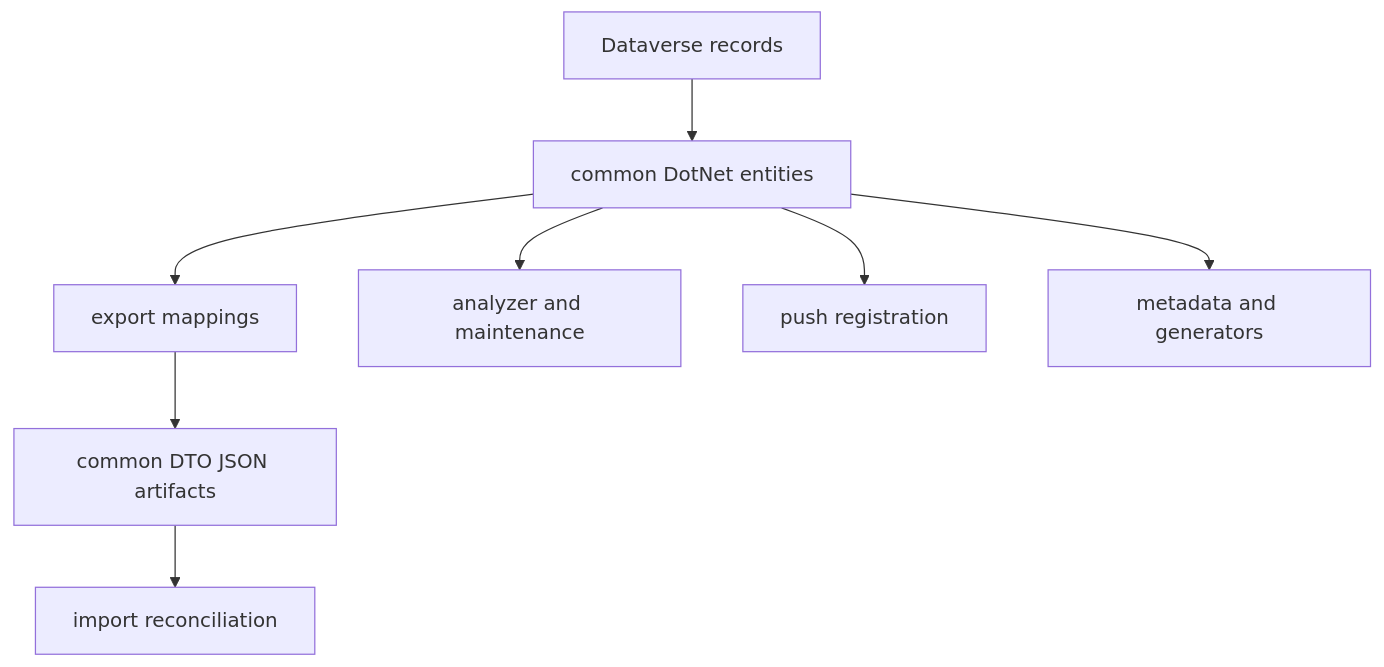
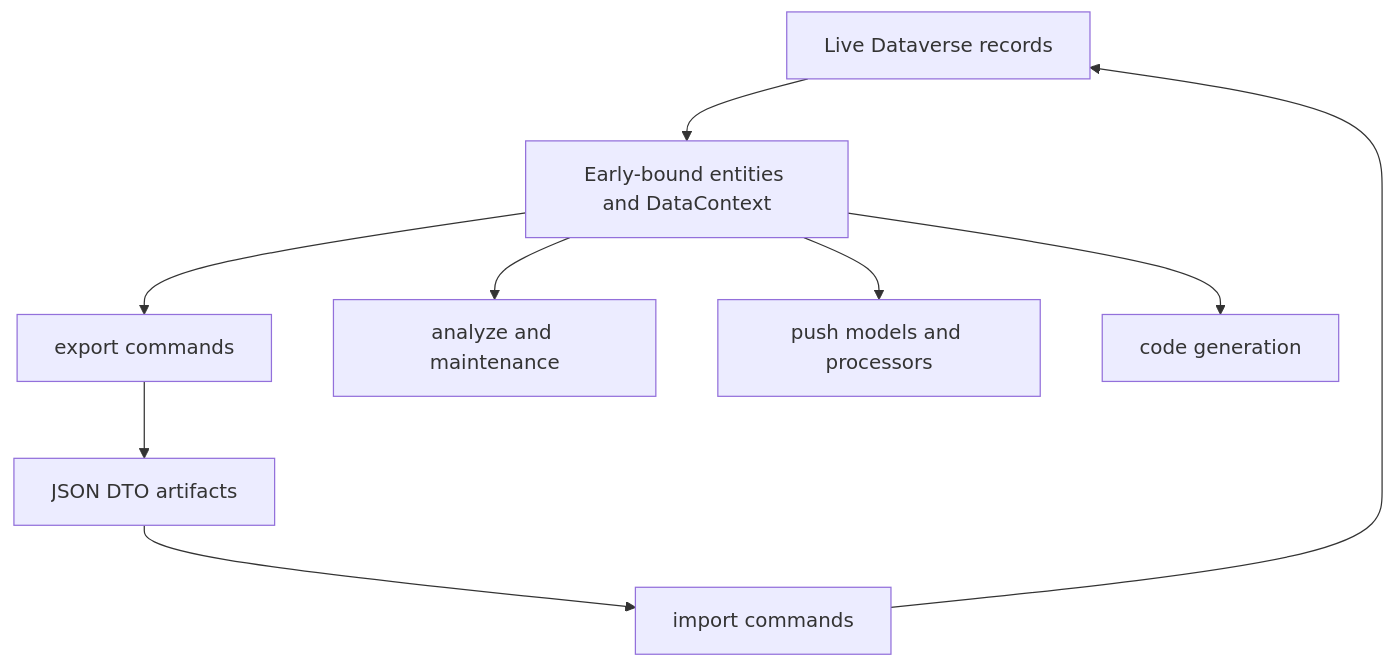
The diagram in openwiki/architecture/dataverse-contracts.md (DIGITALLNature/DigitallPower), drawn with Mermaid before and after one commit. The commit also changed other lines of this file and 29 other files, not shown here.

````diff
--- a/openwiki/architecture/dataverse-contracts.md
+++ b/openwiki/architecture/dataverse-contracts.md
@@ -13,10 +64,11 @@
 ```mermaid
 flowchart TD
-    DV["Dataverse records"] --> Entity["common DotNet entities"]
-    Entity --> Export["export mappings"]
-    Export --> DTO["common DTO JSON artifacts"]
-    DTO --> Import["import reconciliation"]
-    Entity --> Analyze["analyzer and maintenance"]
-    Entity --> Push["push registration"]
-    Entity --> Codegen["metadata and generators"]
+    Live["Live Dataverse records"] --> Entities["Early-bound entities and DataContext"]
+    Entities --> Export["export commands"]
+    Export --> Artifacts["JSON DTO artifacts"]
+    Artifacts --> Import["import commands"]
+    Import --> Live
+    Entities --> Analyzer["analyze and maintenance"]
+    Entities --> Push["push models and processors"]
+    Entities --> Generator["code generation"]
 ```
````
